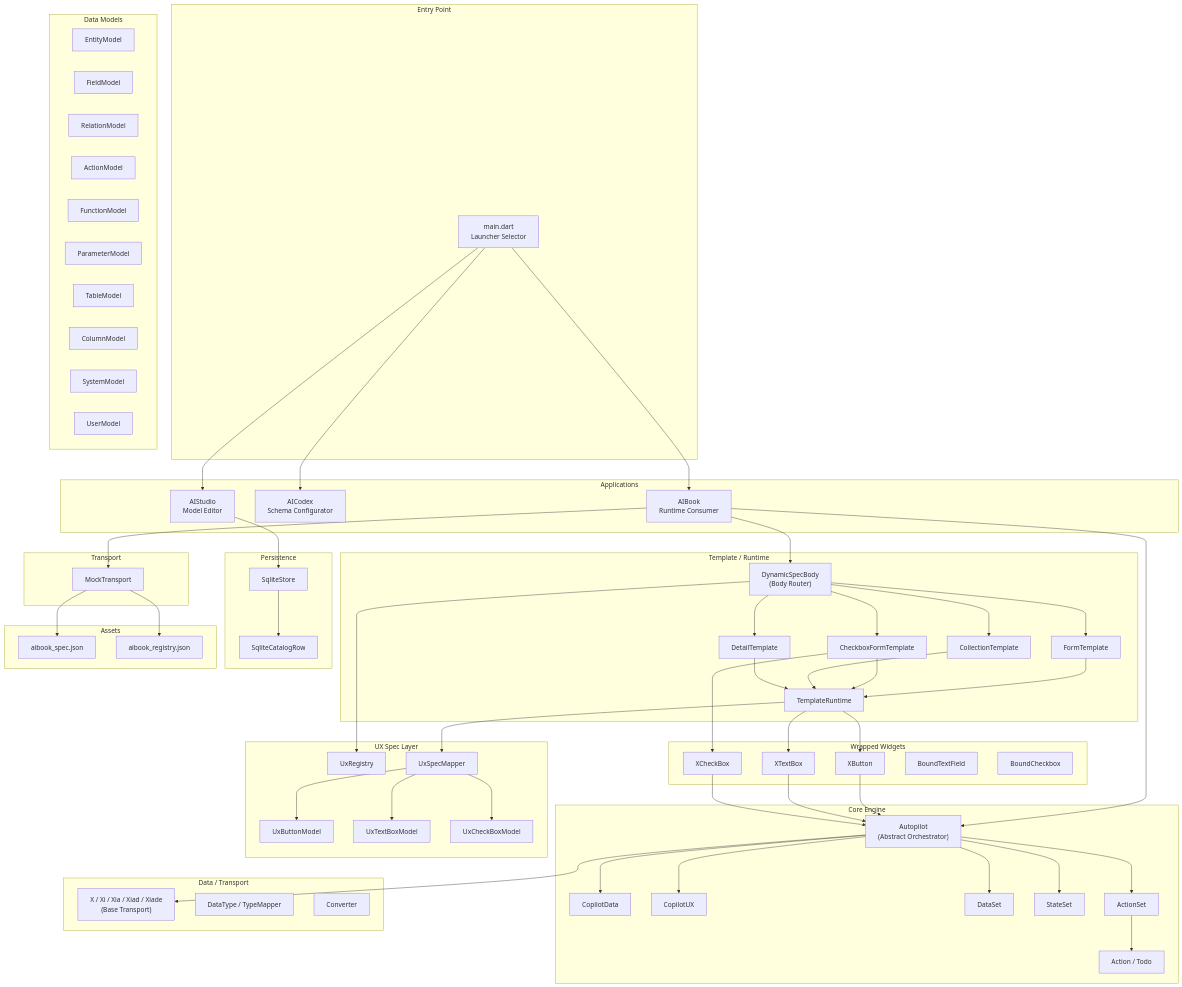
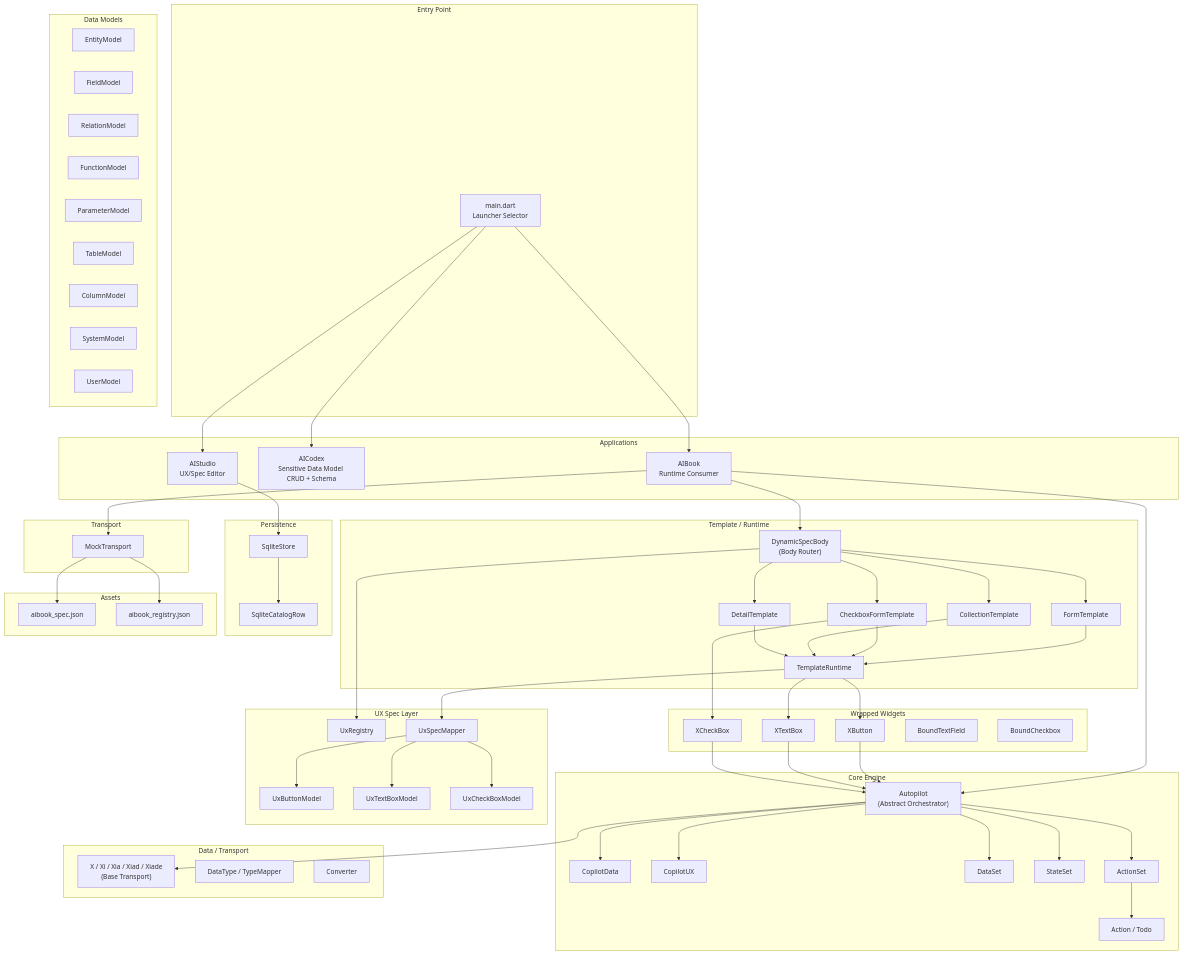
One commit to githubflutter/genrp changed the first of 4 diagrams in docs/project_deep_analysis.md. Above: the diagram before and after it, drawn with Mermaid. The commit also changed other lines of this file and 23 other files, not shown here.

```diff
--- a/docs/project_deep_analysis.md
+++ b/docs/project_deep_analysis.md
@@ -31,8 +31,8 @@
 
     subgraph "Applications"
         AIBOOK["AIBook<br/>Runtime Consumer"]
-        AICODEX["AICodex<br/>Schema Configurator"]
-        AISTUDIO["AIStudio<br/>Model Editor"]
+        AICODEX["AICodex<br/>Sensitive Data Model CRUD + Schema"]
+        AISTUDIO["AIStudio<br/>UX/Spec Editor"]
     end
 
     subgraph "Core Engine"
@@ -85,7 +85,6 @@
         EM["EntityModel"]
         FM["FieldModel"]
         RM["RelationModel"]
-        AM["ActionModel"]
         FNM["FunctionModel"]
         PM["ParameterModel"]
         TM["TableModel"]
```
